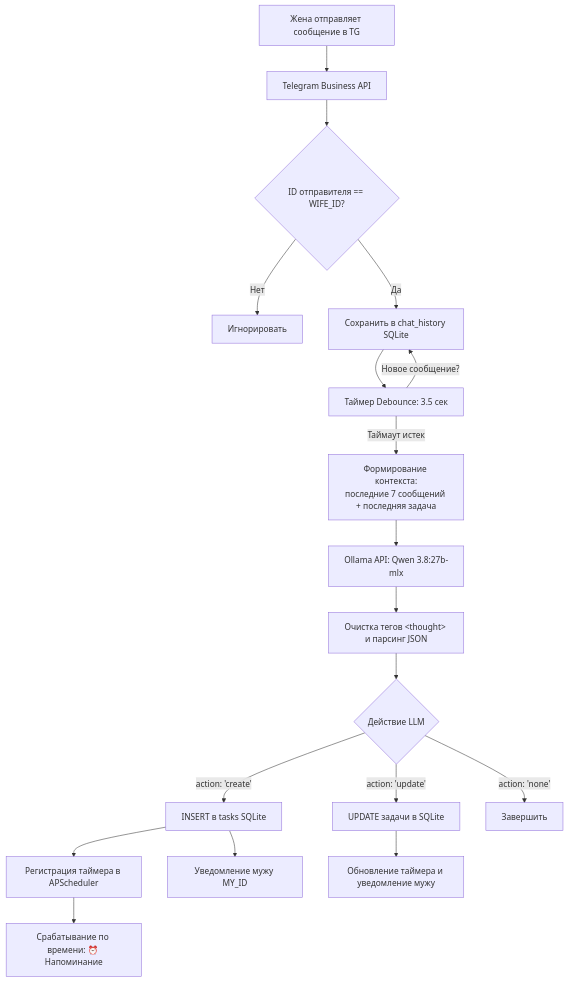
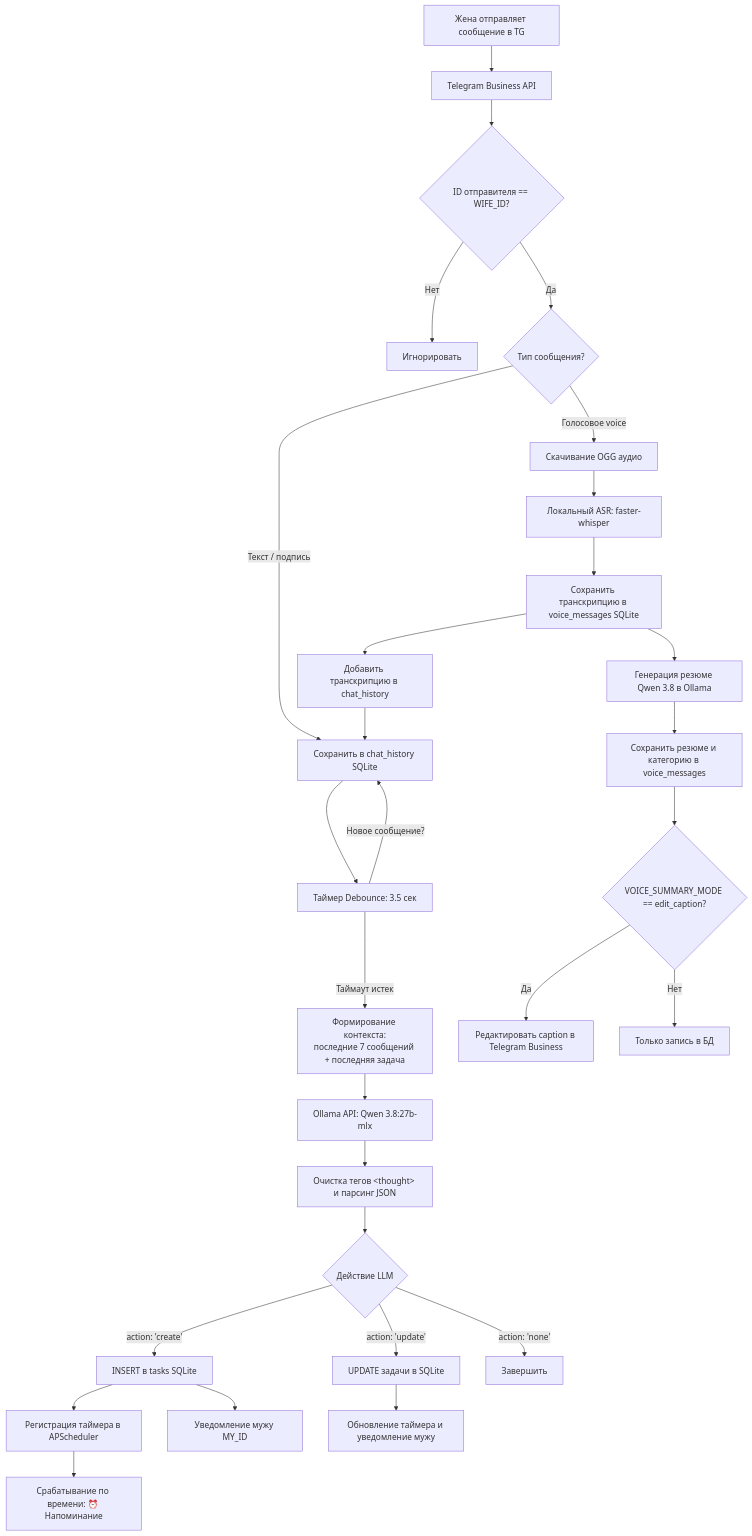
Before and after one commit to khaliullov/PersonalFamilyTasksBot: the diagram in README.md, drawn with Mermaid. The commit also changed other lines of this file and 17 other files, not shown here.

Commit message:
added voice messages support

````diff
--- a/README.md
+++ b/README.md
@@ -59,20 +72,36 @@
 ```mermaid
 flowchart TD
     A[Жена отправляет сообщение в TG] --> B[Telegram Business API]
     B --> C{ID отправителя == WIFE_ID?}
     C -- Нет --> D[Игнорировать]
-    C -- Да --> E[Сохранить в chat_history SQLite]
-    E --> F[Таймер Debounce: 3.5 сек]
-    F -- Новое сообщение? --> E
-    F -- Таймаут истек --> G[Формирование контекста:\nпоследние 7 сообщений + последняя задача]
-    G --> H[Ollama API: Qwen 3.8:27b-mlx]
-    H --> I[Очистка тегов &lt;thought&gt; и парсинг JSON]
-    I --> J{Действие LLM}
-    J -- action: 'create' --> K[INSERT в tasks SQLite]
-    J -- action: 'update' --> L[UPDATE задачи в SQLite]
-    J -- action: 'none' --> M[Завершить]
-    K --> N[Регистрация таймера в APScheduler]
-    K --> O[Уведомление мужу MY_ID]
-    L --> P[Обновление таймера и уведомление мужу]
-    N --> Q[Срабатывание по времени: ⏰ Напоминание]
+    C -- Да --> E{Тип сообщения?}
+    
+    E -- Текст / подпись --> F[Сохранить в chat_history SQLite]
+    
+    E -- Голосовое voice --> G[Скачивание OGG аудио]
+    G --> H[Локальный ASR: faster-whisper]
+    H --> I[Сохранить транскрипцию в voice_messages SQLite]
+    
+    I --> J[Добавить транскрипцию в chat_history]
+    J --> F
+    
+    I --> K[Генерация резюме Qwen 3.8 в Ollama]
+    K --> L[Сохранить резюме и категорию в voice_messages]
+    L --> M{VOICE_SUMMARY_MODE == edit_caption?}
+    M -- Да --> N[Редактировать caption в Telegram Business]
+    M -- Нет --> O[Только запись в БД]
+
+    F --> P[Таймер Debounce: 3.5 сек]
+    P -- Новое сообщение? --> F
+    P -- Таймаут истек --> Q[Формирование контекста:\nпоследние 7 сообщений + последняя задача]
+    Q --> R[Ollama API: Qwen 3.8:27b-mlx]
+    R --> S[Очистка тегов &lt;thought&gt; и парсинг JSON]
+    S --> T{Действие LLM}
+    T -- action: 'create' --> U[INSERT в tasks SQLite]
+    T -- action: 'update' --> V[UPDATE задачи в SQLite]
+    T -- action: 'none' --> W[Завершить]
+    U --> X[Регистрация таймера в APScheduler]
+    U --> Y[Уведомление мужу MY_ID]
+    V --> Z[Обновление таймера и уведомление мужу]
+    X --> AA[Срабатывание по времени: ⏰ Напоминание]
 ```
````
